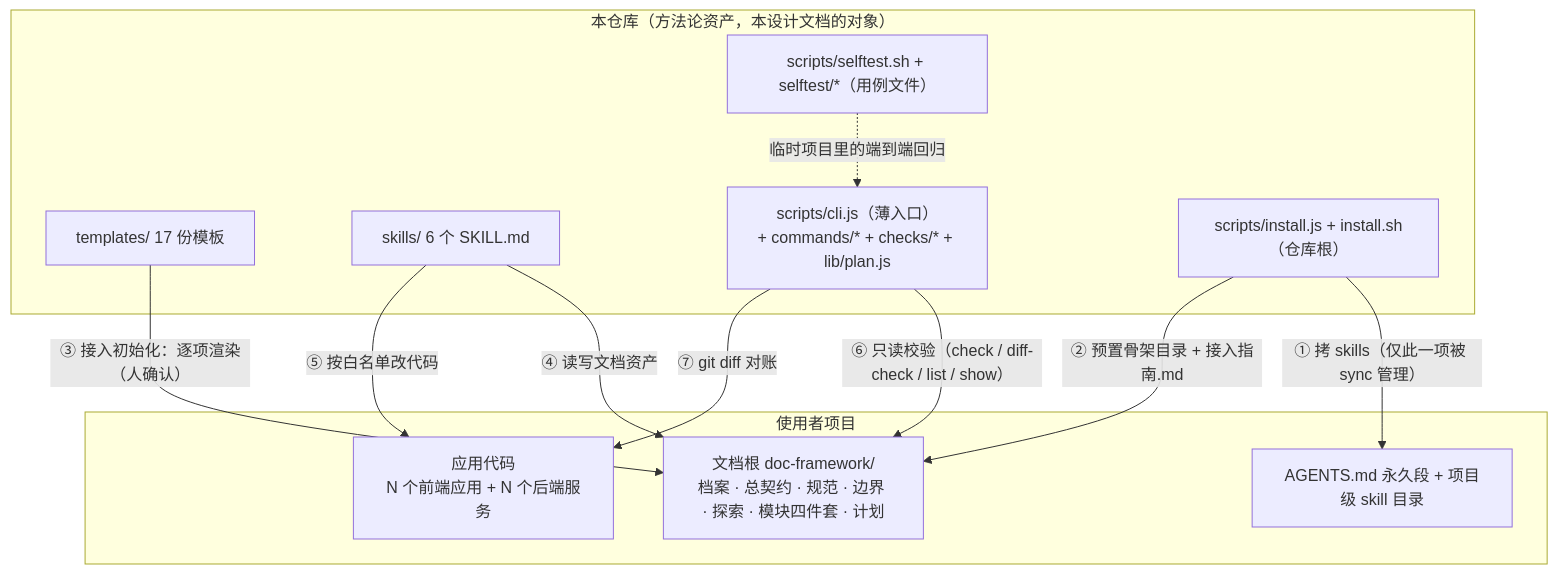
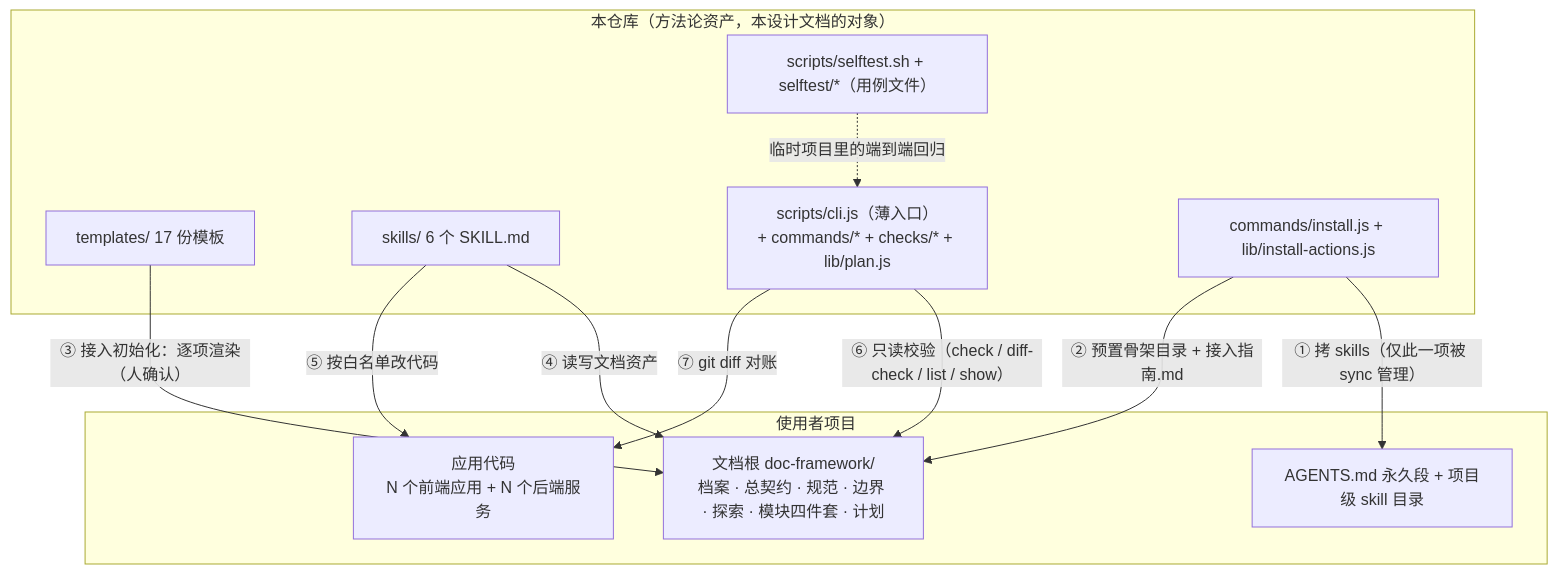
The first of 3 diagrams in docs/设计文档.md (knight-peter/doc-framework), drawn with Mermaid before and after one commit. The commit also changed other lines of this file and 19 other files, not shown here.

````diff
--- a/docs/设计文档.md
+++ b/docs/设计文档.md
@@ -41,23 +41,23 @@
 ```mermaid
 flowchart TB
     subgraph REPO["本仓库（方法论资产，本设计文档的对象）"]
         TPL["templates/ 17 份模板"]
         SKL["skills/ 6 个 SKILL.md"]
         CLI["scripts/cli.js（薄入口）<br/>+ commands/* + checks/* + lib/plan.js"]
-        INS["scripts/install.js + install.sh（仓库根）"]
+        INS["commands/install.js + lib/install-actions.js"]
         ST["scripts/selftest.sh + selftest/*（用例文件）"]
     end
     subgraph PROJ["使用者项目"]
         DOC["文档根 doc-framework/<br/>档案 · 总契约 · 规范 · 边界 · 探索 · 模块四件套 · 计划"]
         CODE["应用代码<br/>N 个前端应用 + N 个后端服务"]
         AG["AGENTS.md 永久段 + 项目级 skill 目录"]
     end
     INS -->|"① 拷 skills（仅此一项被 sync 管理）"| AG
     INS -->|"② 预置骨架目录 + 接入指南.md"| DOC
     TPL -->|"③ 接入初始化：逐项渲染（人确认）"| DOC
     SKL -->|"④ 读写文档资产"| DOC
     SKL -->|"⑤ 按白名单改代码"| CODE
     CLI -->|"⑥ 只读校验（check / diff-check / list / show）"| DOC
     CLI -->|"⑦ git diff 对账"| CODE
     ST -.->|"临时项目里的端到端回归"| CLI
 ```
````
